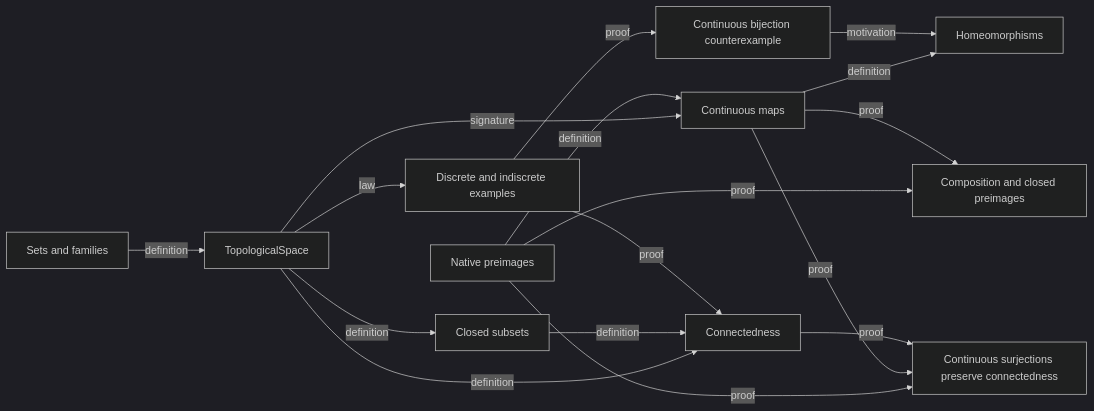
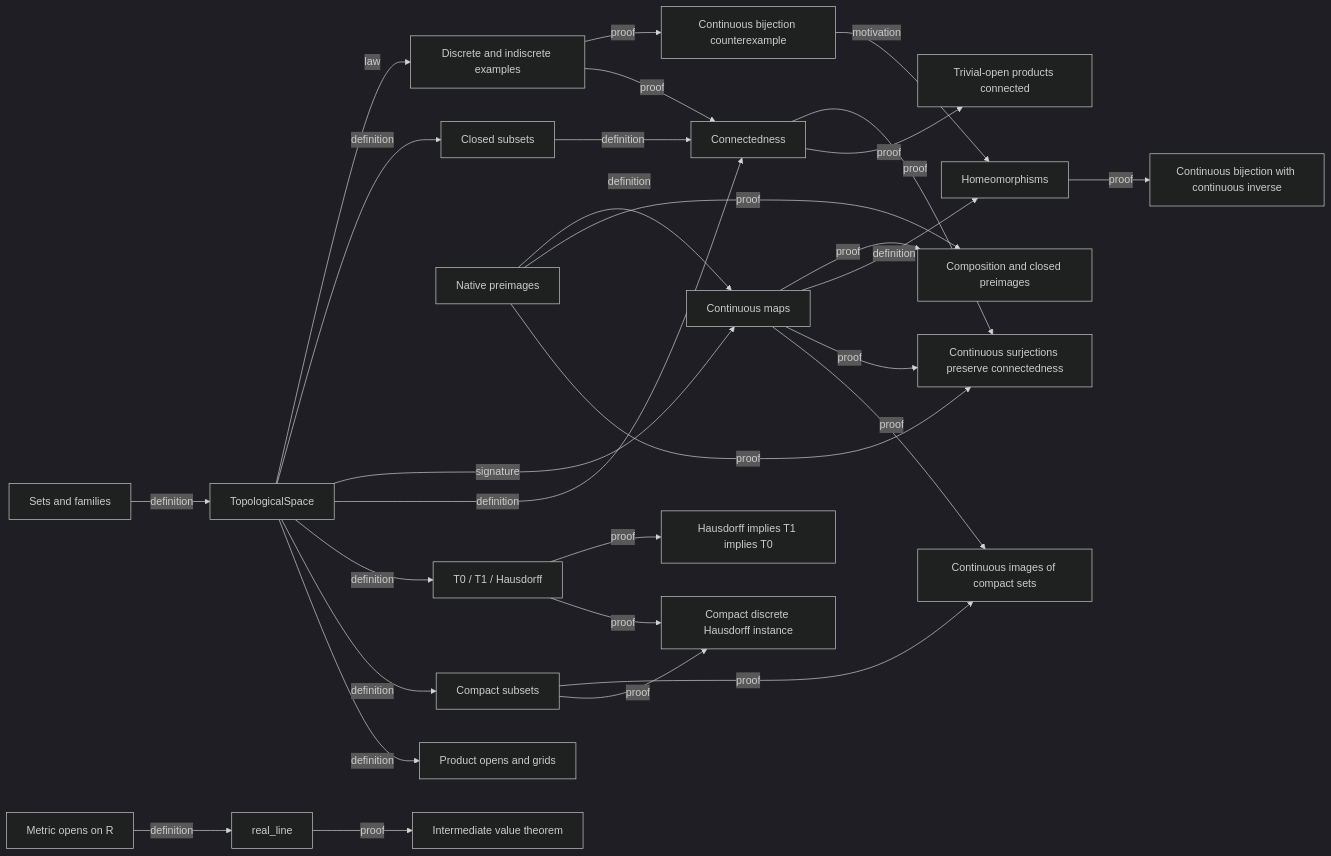
One commit to litexlang/golitex changed the diagram in showcases/topology/math_collections.md. Above: the diagram before and after it, drawn with Mermaid (dark theme). The commit also changed other lines of this file and 315 other files, not shown here.

````diff
--- a/showcases/topology/math_collections.md
+++ b/showcases/topology/math_collections.md
@@ -72,19 +116,31 @@
 ```mermaid
 flowchart LR
   S[Sets and families] -->|definition| T[TopologicalSpace]
   T -->|law| E[Discrete and indiscrete examples]
   T -->|definition| C[Closed subsets]
   T -->|signature| M[Continuous maps]
   P[Native preimages] -->|definition| M
   P -->|proof| K[Composition and closed preimages]
   M -->|proof| K
   E -->|proof| D[Continuous bijection counterexample]
   M -->|definition| H[Homeomorphisms]
   D -->|motivation| H
   T -->|definition| N[Connectedness]
   C -->|definition| N
   E -->|proof| N
   P -->|proof| Q[Continuous surjections preserve connectedness]
   M -->|proof| Q
   N -->|proof| Q
+  T -->|definition| Sep[T0 / T1 / Hausdorff]
+  Sep -->|proof| Chain[Hausdorff implies T1 implies T0]
+  T -->|definition| Comp[Compact subsets]
+  M -->|proof| Img[Continuous images of compact sets]
+  Comp -->|proof| Img
+  T -->|definition| Prod[Product opens and grids]
+  N -->|proof| ProdConn[Trivial-open products connected]
+  Comp -->|proof| CH[Compact discrete Hausdorff instance]
+  Sep -->|proof| CH
+  H -->|proof| Bij[Continuous bijection with continuous inverse]
+  Rmet[Metric opens on R] -->|definition| RL[real_line]
+  RL -->|proof| IVT[Intermediate value theorem]
 ```
````
